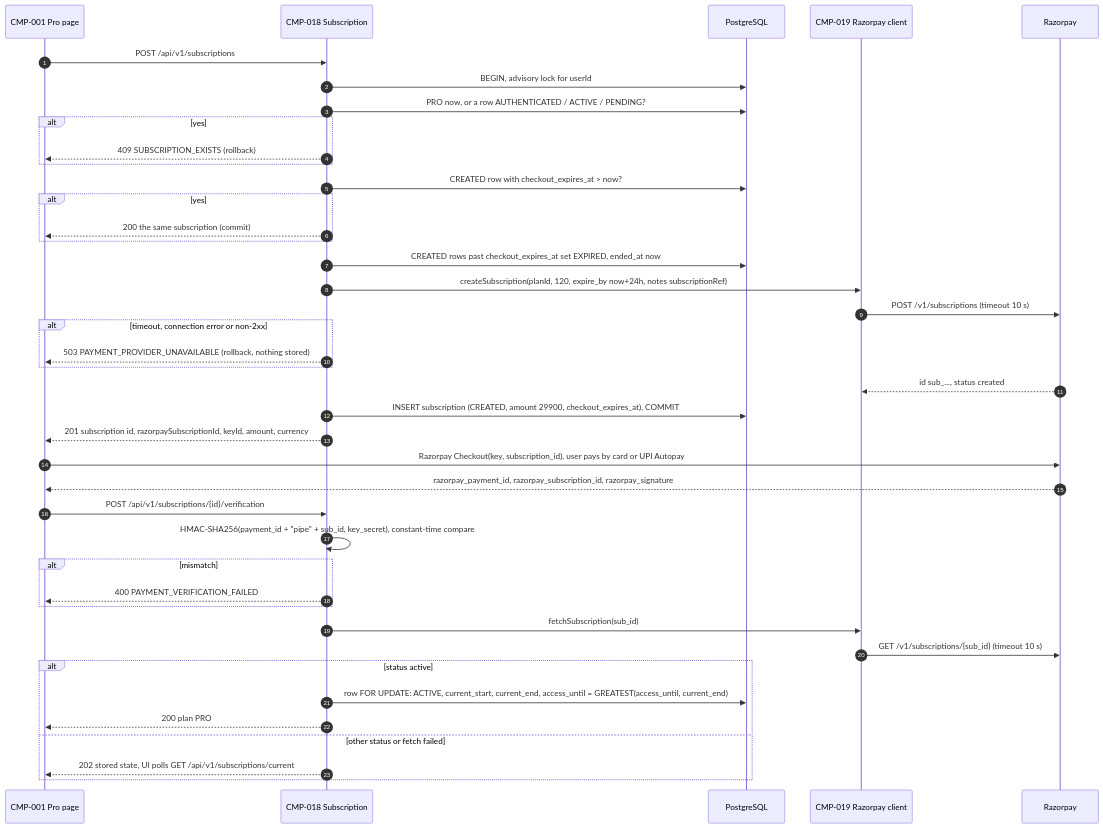
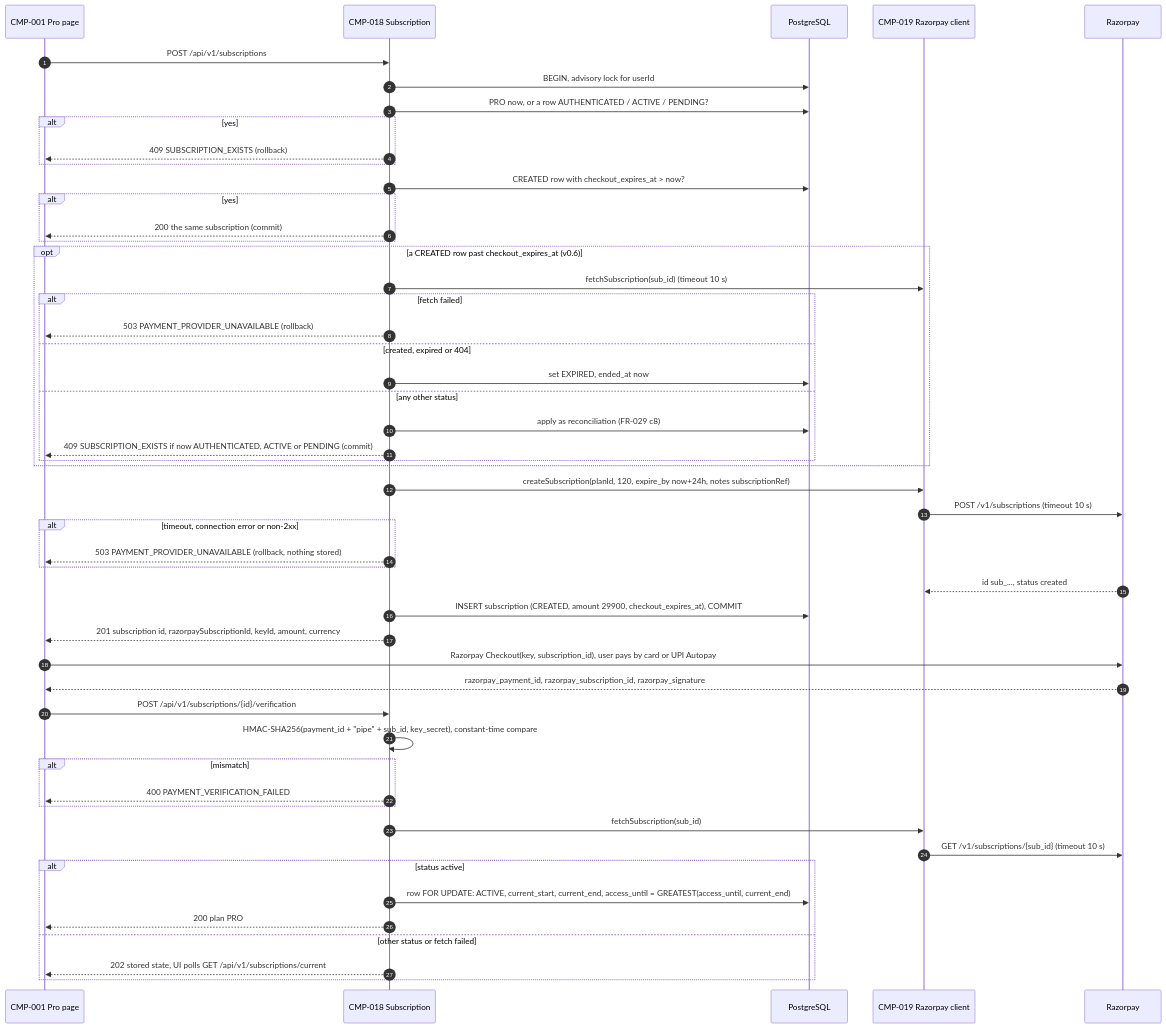
The eighth of 12 diagrams in sachin/spec.md (divii-school/spec-homework), drawn with Mermaid before and after one commit. The commit also changed other lines of this file and 1 other file, not shown here.

Commit message:
round 2: build-test fixes - checkout expiry, Pro page states, open/current subscription, APP_ENV (v0.6)

````diff
--- a/sachin/spec.md
+++ b/sachin/spec.md
@@ -784,43 +786,53 @@
 ```mermaid
 sequenceDiagram
   autonumber
   participant UI as CMP-001 Pro page
   participant S as CMP-018 Subscription
   participant DB as PostgreSQL
   participant RC as CMP-019 Razorpay client
   participant RZ as Razorpay
   UI->>S: POST /api/v1/subscriptions
   S->>DB: BEGIN, advisory lock for userId
   S->>DB: PRO now, or a row AUTHENTICATED / ACTIVE / PENDING?
   alt yes
     S-->>UI: 409 SUBSCRIPTION_EXISTS (rollback)
   end
   S->>DB: CREATED row with checkout_expires_at > now?
   alt yes
     S-->>UI: 200 the same subscription (commit)
   end
-  S->>DB: CREATED rows past checkout_expires_at set EXPIRED, ended_at now
+  opt a CREATED row past checkout_expires_at (v0.6)
+    S->>RC: fetchSubscription(sub_id) (timeout 10 s)
+    alt fetch failed
+      S-->>UI: 503 PAYMENT_PROVIDER_UNAVAILABLE (rollback)
+    else created, expired or 404
+      S->>DB: set EXPIRED, ended_at now
+    else any other status
+      S->>DB: apply as reconciliation (FR-029 c8)
+      S-->>UI: 409 SUBSCRIPTION_EXISTS if now AUTHENTICATED, ACTIVE or PENDING (commit)
+    end
+  end
   S->>RC: createSubscription(planId, 120, expire_by now+24h, notes subscriptionRef)
   RC->>RZ: POST /v1/subscriptions (timeout 10 s)
   alt timeout, connection error or non-2xx
     S-->>UI: 503 PAYMENT_PROVIDER_UNAVAILABLE (rollback, nothing stored)
   end
   RZ-->>RC: id sub_..., status created
   S->>DB: INSERT subscription (CREATED, amount 29900, checkout_expires_at), COMMIT
   S-->>UI: 201 subscription id, razorpaySubscriptionId, keyId, amount, currency
   UI->>RZ: Razorpay Checkout(key, subscription_id), user pays by card or UPI Autopay
   RZ-->>UI: razorpay_payment_id, razorpay_subscription_id, razorpay_signature
   UI->>S: POST /api/v1/subscriptions/{id}/verification
   S->>S: HMAC-SHA256(payment_id + "pipe" + sub_id, key_secret), constant-time compare
   alt mismatch
     S-->>UI: 400 PAYMENT_VERIFICATION_FAILED
   end
   S->>RC: fetchSubscription(sub_id)
   RC->>RZ: GET /v1/subscriptions/{sub_id} (timeout 10 s)
   alt status active
     S->>DB: row FOR UPDATE: ACTIVE, current_start, current_end, access_until = GREATEST(access_until, current_end)
     S-->>UI: 200 plan PRO
   else other status or fetch failed
     S-->>UI: 202 stored state, UI polls GET /api/v1/subscriptions/current
   end
 ```
````
